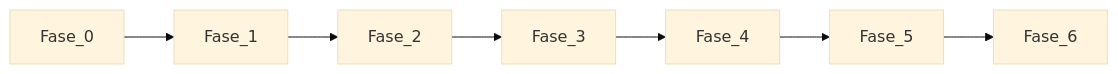
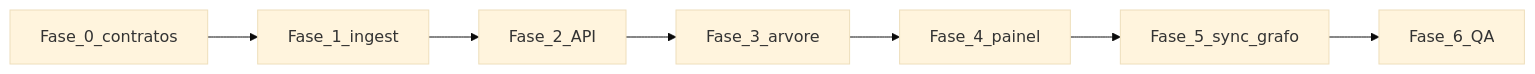
The fourth of 4 diagrams in .cursor/plans/graph_explorer_ui.plan.md (Karik-ribasu/knowledge-graph-poc), drawn with Mermaid (base theme) before and after one commit. The commit also changed other lines of this file and 172 other files, not shown here.

````diff
--- a/.cursor/plans/graph_explorer_ui.plan.md
+++ b/.cursor/plans/graph_explorer_ui.plan.md
@@ -404,9 +309,9 @@
 ```mermaid
 flowchart LR
-  E0[Fase_0] --> E1[Fase_1]
-  E1 --> E2[Fase_2]
-  E2 --> E3[Fase_3]
-  E3 --> E4[Fase_4]
-  E4 --> E5[Fase_5]
-  E5 --> E6[Fase_6]
+  N0[Fase_0_contratos] --> N1[Fase_1_ingest]
+  N1 --> N2[Fase_2_API]
+  N2 --> N3[Fase_3_arvore]
+  N3 --> N4[Fase_4_painel]
+  N4 --> N5[Fase_5_sync_grafo]
+  N5 --> N6[Fase_6_QA]
 ```
````
